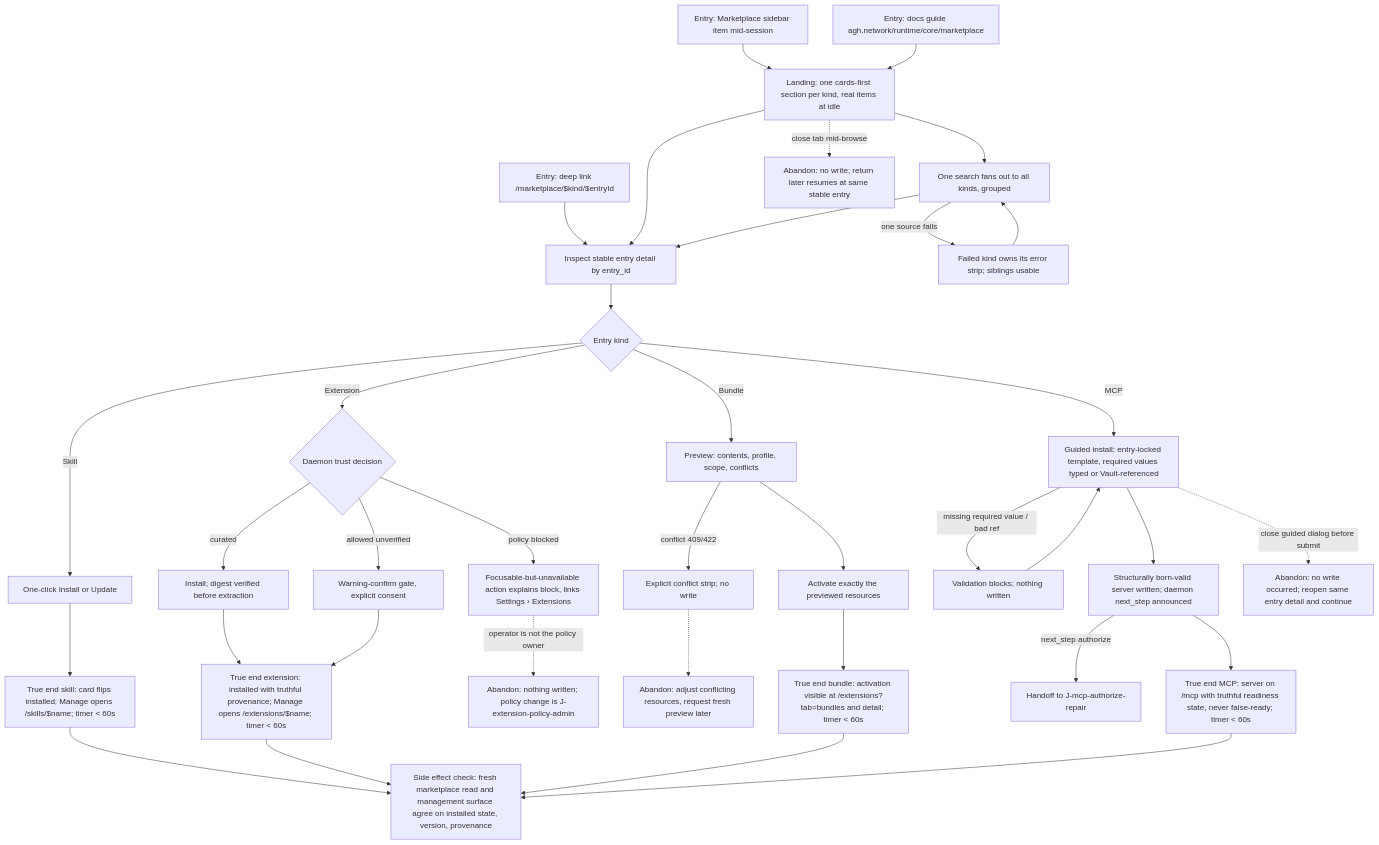
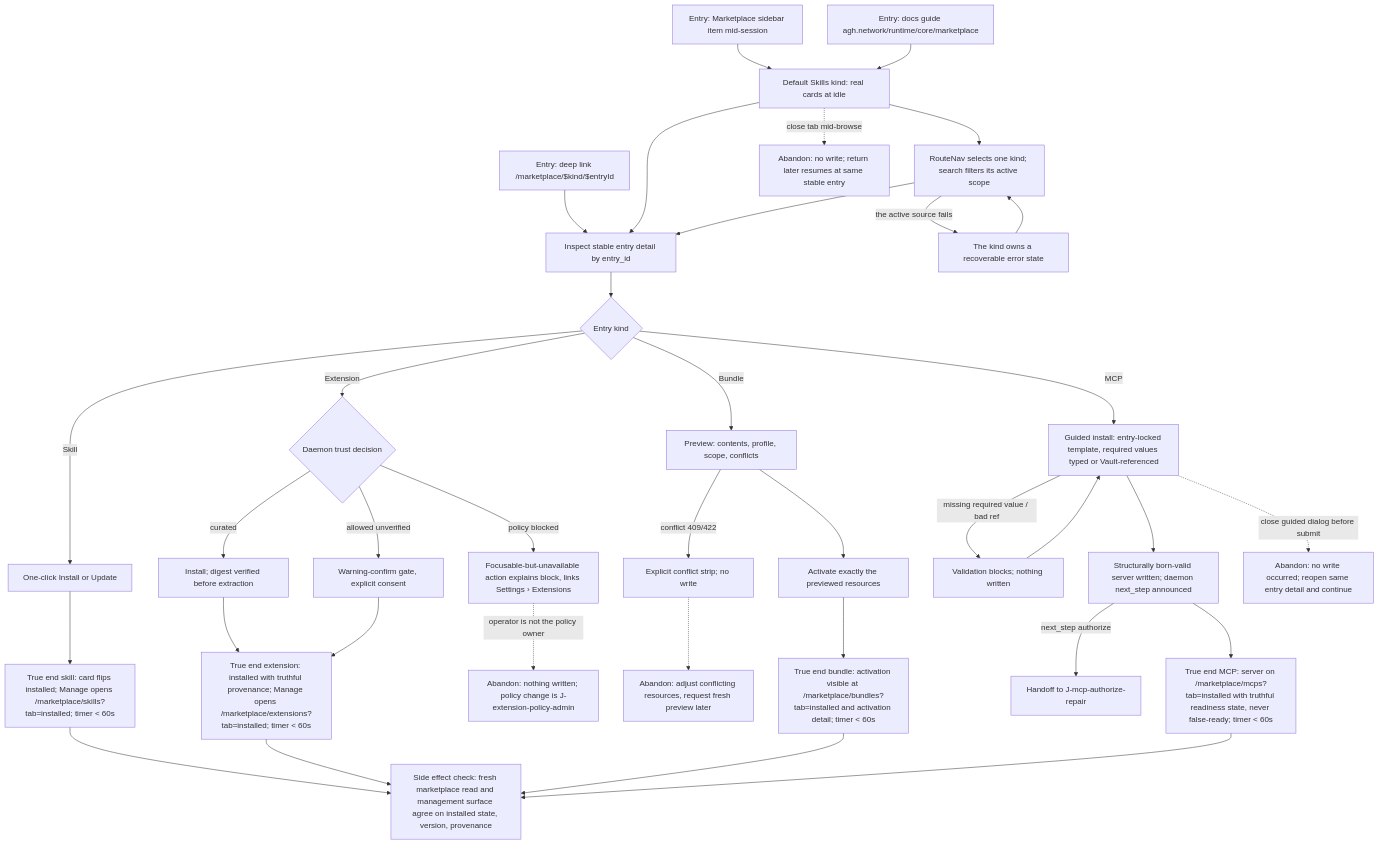
One commit to compozy/agh changed the diagram in docs/qa/journeys/J-marketplace-acquisition.md. Above: the diagram before and after it, drawn with Mermaid. The commit also changed other lines of this file and 561 other files, not shown here.

````diff
--- a/docs/qa/journeys/J-marketplace-acquisition.md
+++ b/docs/qa/journeys/J-marketplace-acquisition.md
@@ -5,38 +5,38 @@
 ```mermaid
 flowchart TD
-  A[Entry: Marketplace sidebar item mid-session] --> B[Landing: one cards-first section per kind, real items at idle]
+  A[Entry: Marketplace sidebar item mid-session] --> B[Default Skills kind: real cards at idle]
   A2[Entry: deep link /marketplace/$kind/$entryId] --> D
   A3[Entry: docs guide agh.network/runtime/core/marketplace] --> B
-  B --> C[One search fans out to all kinds, grouped]
-  C -->|one source fails| C2[Failed kind owns its error strip; siblings usable]
+  B --> C[RouteNav selects one kind; search filters its active scope]
+  C -->|the active source fails| C2[The kind owns a recoverable error state]
   C2 --> C
   B --> D[Inspect stable entry detail by entry_id]
   C --> D
   D --> E{Entry kind}
   E -->|Skill| F[One-click Install or Update]
-  F --> F2[True end skill: card flips installed; Manage opens /skills/$name; timer < 60s]
+  F --> F2[True end skill: card flips installed; Manage opens /marketplace/skills?tab=installed; timer < 60s]
   E -->|Extension| G{Daemon trust decision}
   G -->|curated| G1[Install; digest verified before extraction]
   G -->|policy blocked| G2[Focusable-but-unavailable action explains block, links Settings › Extensions]
   G -->|allowed unverified| G3[Warning-confirm gate, explicit consent]
-  G1 --> G4[True end extension: installed with truthful provenance; Manage opens /extensions/$name; timer < 60s]
+  G1 --> G4[True end extension: installed with truthful provenance; Manage opens /marketplace/extensions?tab=installed; timer < 60s]
   G3 --> G4
   G2 -.->|operator is not the policy owner| X2[Abandon: nothing written; policy change is J-extension-policy-admin]
   E -->|Bundle| H[Preview: contents, profile, scope, conflicts]
   H -->|conflict 409/422| H2[Explicit conflict strip; no write]
   H2 -.-> X3[Abandon: adjust conflicting resources, request fresh preview later]
   H --> H3[Activate exactly the previewed resources]
-  H3 --> H4[True end bundle: activation visible at /extensions?tab=bundles and detail; timer < 60s]
+  H3 --> H4[True end bundle: activation visible at /marketplace/bundles?tab=installed and activation detail; timer < 60s]
   E -->|MCP| I[Guided install: entry-locked template, required values typed or Vault-referenced]
   I -->|missing required value / bad ref| I2[Validation blocks; nothing written]
   I2 --> I
   I --> I3[Structurally born-valid server written; daemon next_step announced]
   I3 -->|next_step authorize| I4[Handoff to J-mcp-authorize-repair]
-  I3 --> I5[True end MCP: server on /mcp with truthful readiness state, never false-ready; timer < 60s]
+  I3 --> I5[True end MCP: server on /marketplace/mcps?tab=installed with truthful readiness state, never false-ready; timer < 60s]
   B -.->|close tab mid-browse| X1[Abandon: no write; return later resumes at same stable entry]
   I -.->|close guided dialog before submit| X4[Abandon: no write occurred; reopen same entry detail and continue]
   F2 --> Z[Side effect check: fresh marketplace read and management surface agree on installed state, version, provenance]
   G4 --> Z
   H4 --> Z
   I5 --> Z
 ```
````
